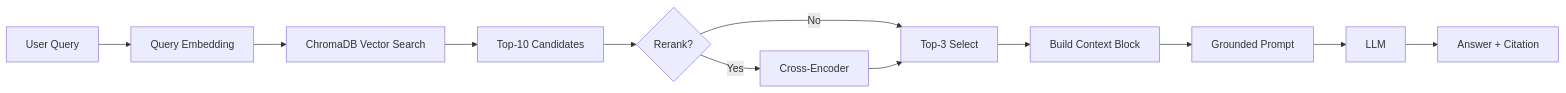
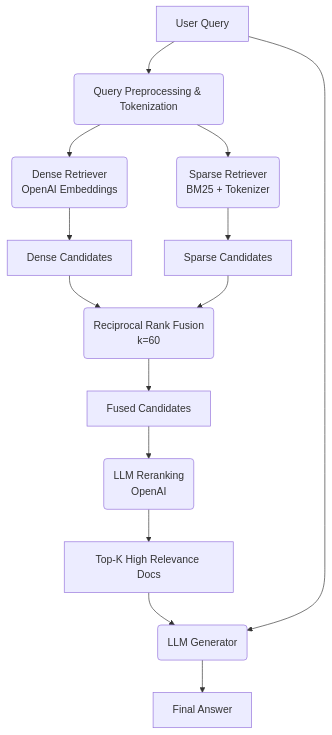
Before and after one commit to DuyVuux/C401-F2-Lab08: the diagram in day08/lab/docs/architecture.md, drawn with Mermaid. The commit also changed other lines of this file and 34 other files, not shown here.

````diff
--- a/day08/lab/docs/architecture.md
+++ b/day08/lab/docs/architecture.md
@@ -123,14 +122,16 @@
 ```mermaid
-graph LR
-    A[User Query] --> B[Query Embedding]
-    B --> C[ChromaDB Vector Search]
-    C --> D[Top-10 Candidates]
-    D --> E{Rerank?}
-    E -->|Yes| F[Cross-Encoder]
-    E -->|No| G[Top-3 Select]
-    F --> G
-    G --> H[Build Context Block]
-    H --> I[Grounded Prompt]
-    I --> J[LLM]
-    J --> K[Answer + Citation]
+graph TD
+    Q[User Query] --> A(Query Preprocessing & Tokenization)
+    A --> Dense(Dense Retriever<br>OpenAI Embeddings)
+    A --> Sparse(Sparse Retriever<br>BM25 + Tokenizer)
+    Dense --> Result1[Dense Candidates]
+    Sparse --> Result2[Sparse Candidates]
+    Result1 --> Fusion(Reciprocal Rank Fusion<br>k=60)
+    Result2 --> Fusion
+    Fusion --> FusedResult[Fused Candidates]
+    FusedResult --> Reranker(LLM Reranking<br>OpenAI)
+    Reranker --> TopK[Top-K High Relevance Docs]
+    TopK --> Gen(LLM Generator)
+    Q --> Gen
+    Gen --> Ans[Final Answer]
 ```
````
